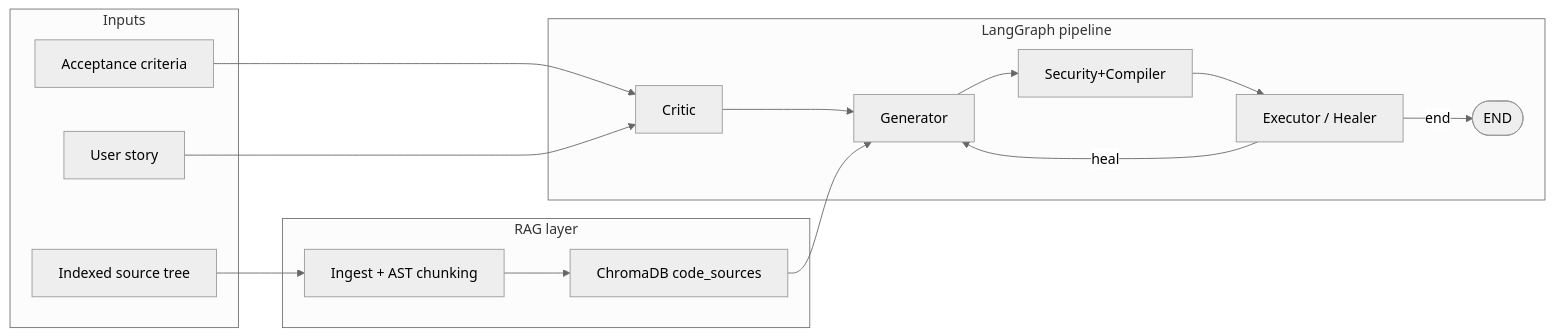
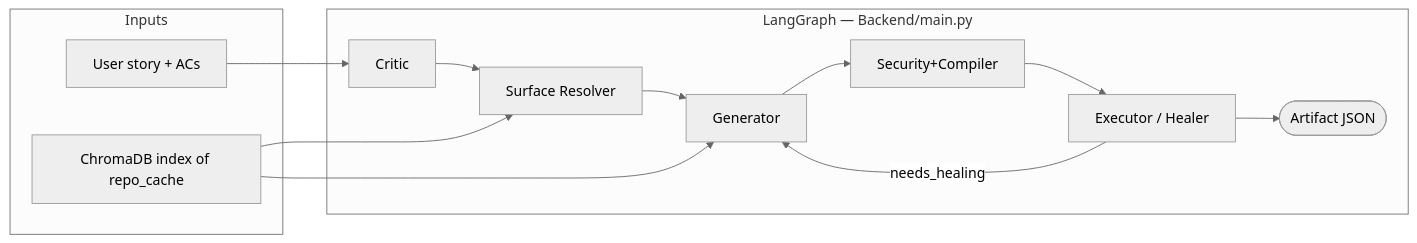
The diagram in README.md (HPE-CPP3-Project6/Agentic-System-Sentinel-QA-), drawn with Mermaid (neutral theme) before and after one commit. The commit also changed other lines of this file and 7 other files, not shown here.

````diff
--- a/README.md
+++ b/README.md
@@ -11,31 +22,22 @@
 ```mermaid
 flowchart LR
-  subgraph inputs [Inputs]
-    US[User story]
-    AC[Acceptance criteria]
-    SRC[Indexed source tree]
+  subgraph in [Inputs]
+    ST[User story + ACs]
+    IDX[ChromaDB index of repo_cache]
   end
 
-  subgraph rag [RAG layer]
-    ING[Ingest + AST chunking]
-    CHR[ChromaDB code_sources]
-    ING --> CHR
+  subgraph graph [LangGraph — Backend/main.py]
+    C[Critic]
+    S[Surface Resolver]
+    G[Generator]
+    SC[Security+Compiler]
+    E[Executor / Healer]
+    C --> S --> G --> SC --> E
+    E -->|needs_healing| G
+    E --> END([Artifact JSON])
   end
 
-  subgraph graph [LangGraph pipeline]
-    A[Critic]
-    B[Generator]
-    C[Security+Compiler]
-    D[Executor / Healer]
-    A --> B
-    B --> C
-    C --> D
-    D -->|heal| B
-    D -->|end| END([END])
-  end
-
-  SRC --> ING
-  CHR --> B
-  AC --> A
-  US --> A
+  ST --> C
+  IDX --> S
+  IDX --> G
 ```
````
